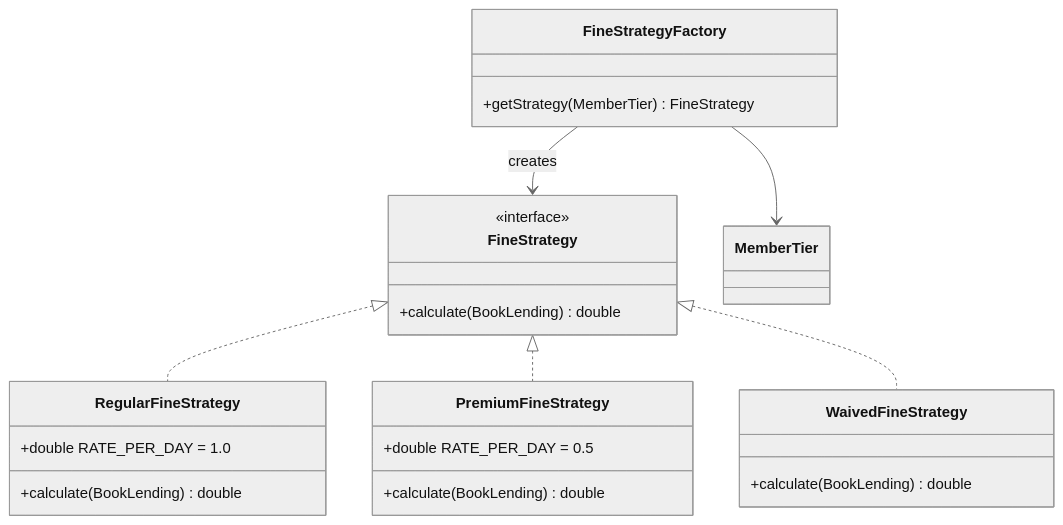
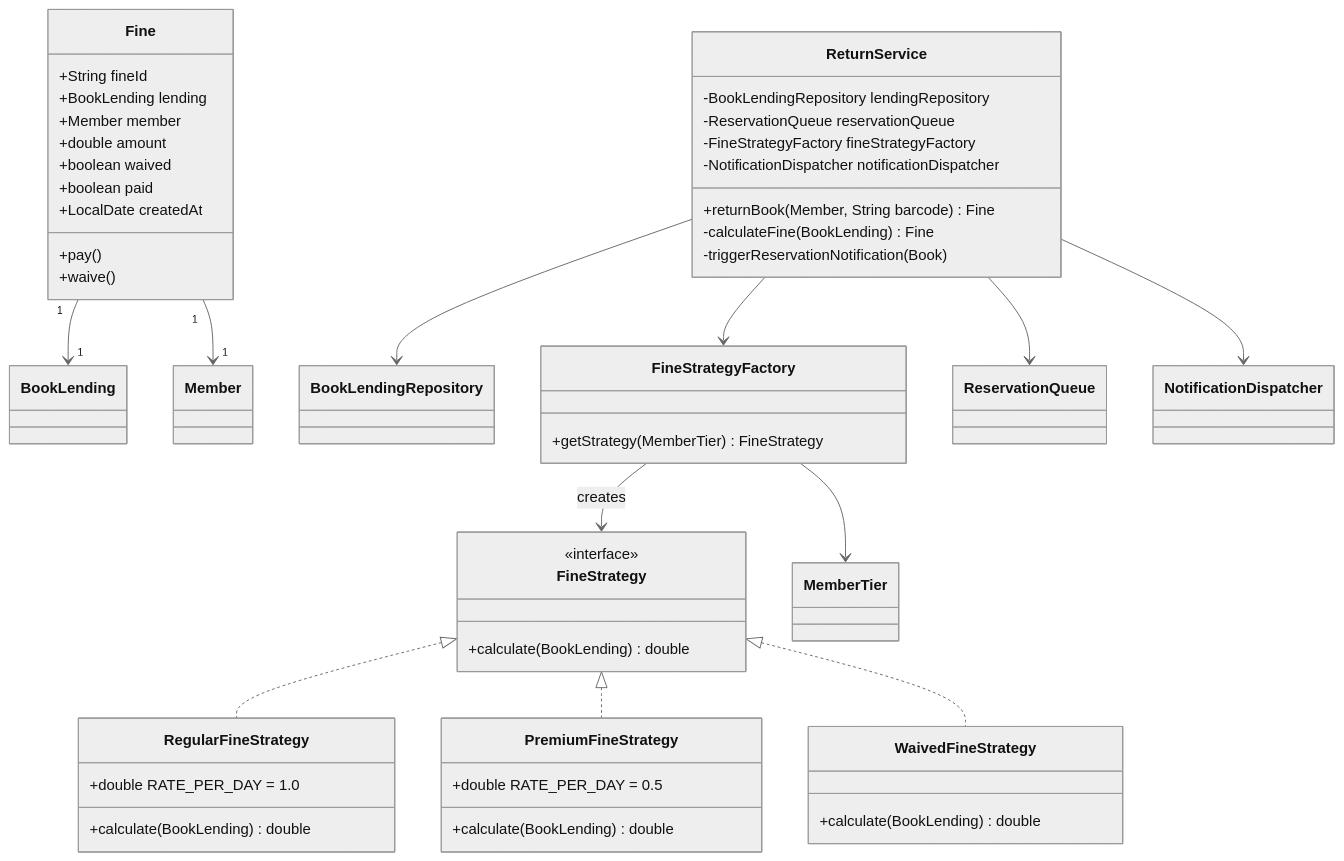
The fourth of 9 diagrams in LibraryManagementSystem/class-diagram.md (Arnavjain1703/LLD), drawn with Mermaid (neutral theme) before and after one commit. The commit also changed other lines of this file, not shown here.

````diff
--- a/LibraryManagementSystem/class-diagram.md
+++ b/LibraryManagementSystem/class-diagram.md
@@ -181,31 +265,59 @@
 ```mermaid
 classDiagram
     class FineStrategy {
         <<interface>>
         +calculate(BookLending) double
     }
 
     class RegularFineStrategy {
         +double RATE_PER_DAY = 1.0
         +calculate(BookLending) double
     }
 
     class PremiumFineStrategy {
         +double RATE_PER_DAY = 0.5
         +calculate(BookLending) double
     }
 
     class WaivedFineStrategy {
         +calculate(BookLending) double
     }
 
     class FineStrategyFactory {
         +getStrategy(MemberTier) FineStrategy
     }
 
+    class Fine {
+        +String fineId
+        +BookLending lending
+        +Member member
+        +double amount
+        +boolean waived
+        +boolean paid
+        +LocalDate createdAt
+        +pay()
+        +waive()
+    }
+
+    class ReturnService {
+        -BookLendingRepository lendingRepository
+        -ReservationQueue reservationQueue
+        -FineStrategyFactory fineStrategyFactory
+        -NotificationDispatcher notificationDispatcher
+        +returnBook(Member, String barcode) Fine
+        -calculateFine(BookLending) Fine
+        -triggerReservationNotification(Book)
+    }
+
     FineStrategy <|.. RegularFineStrategy
     FineStrategy <|.. PremiumFineStrategy
     FineStrategy <|.. WaivedFineStrategy
     FineStrategyFactory --> FineStrategy : creates
     FineStrategyFactory --> MemberTier
+    Fine "1" --> "1" BookLending
+    Fine "1" --> "1" Member
+    ReturnService --> BookLendingRepository
+    ReturnService --> FineStrategyFactory
+    ReturnService --> ReservationQueue
+    ReturnService --> NotificationDispatcher
 ```
````
